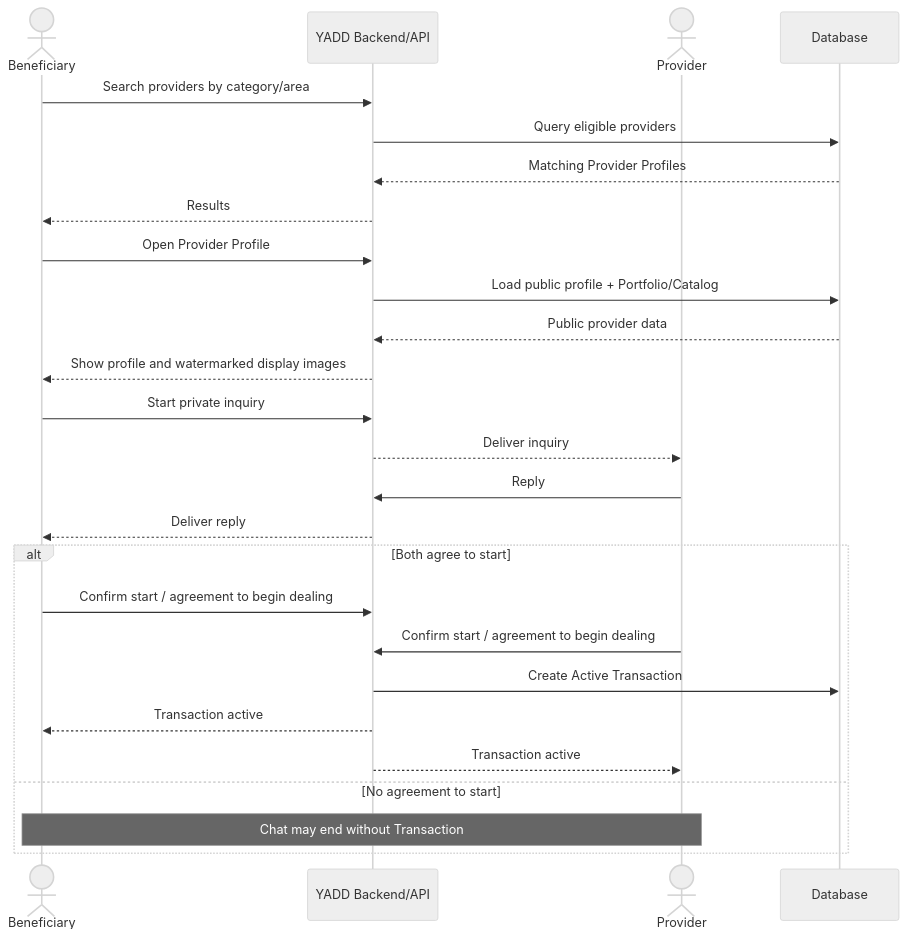
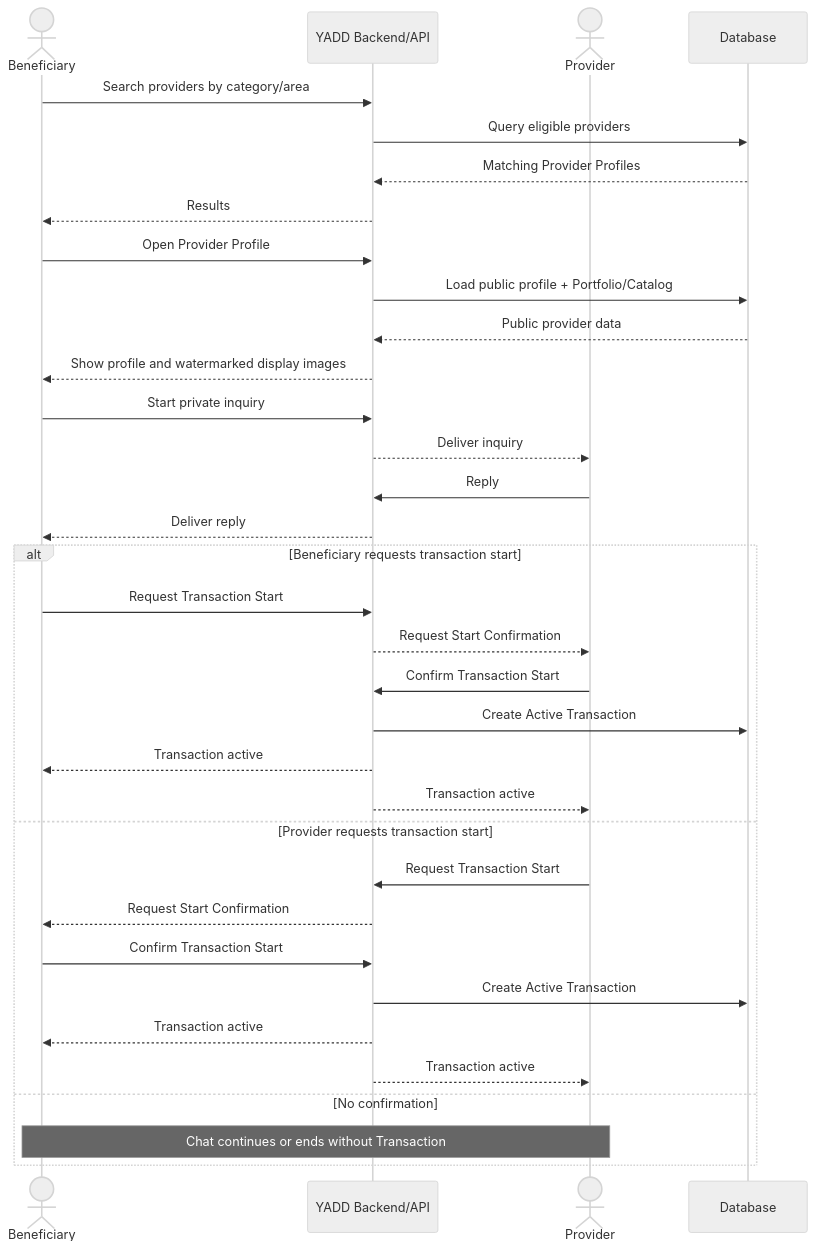
The fifth of 5 diagrams in docs/03-analysis/10-UML.md (Yadd-SanaaUniversityGraduationProject/yadd), drawn with Mermaid (neutral theme) before and after one commit. The commit also changed other lines of this file, not shown here.

Commit message:
modeling: synchronize UML with approved transaction lifecycle

````diff
--- a/docs/03-analysis/10-UML.md
+++ b/docs/03-analysis/10-UML.md
@@ -245,32 +255,40 @@
 ```mermaid
 sequenceDiagram
     actor B as Beneficiary
     participant Y as YADD Backend/API
     actor P as Provider
     participant DB as Database
 
     B->>Y: Search providers by category/area
     Y->>DB: Query eligible providers
     DB-->>Y: Matching Provider Profiles
     Y-->>B: Results
 
     B->>Y: Open Provider Profile
     Y->>DB: Load public profile + Portfolio/Catalog
     DB-->>Y: Public provider data
     Y-->>B: Show profile and watermarked display images
 
     B->>Y: Start private inquiry
     Y-->>P: Deliver inquiry
     P->>Y: Reply
     Y-->>B: Deliver reply
 
-    alt Both agree to start
-        B->>Y: Confirm start / agreement to begin dealing
-        P->>Y: Confirm start / agreement to begin dealing
+    alt Beneficiary requests transaction start
+        B->>Y: Request Transaction Start
+        Y-->>P: Request Start Confirmation
+        P->>Y: Confirm Transaction Start
         Y->>DB: Create Active Transaction
         Y-->>B: Transaction active
         Y-->>P: Transaction active
-    else No agreement to start
-        Note over B,P: Chat may end without Transaction
+    else Provider requests transaction start
+        P->>Y: Request Transaction Start
+        Y-->>B: Request Start Confirmation
+        B->>Y: Confirm Transaction Start
+        Y->>DB: Create Active Transaction
+        Y-->>B: Transaction active
+        Y-->>P: Transaction active
+    else No confirmation
+        Note over B,P: Chat continues or ends without Transaction
     end
 ```
````
